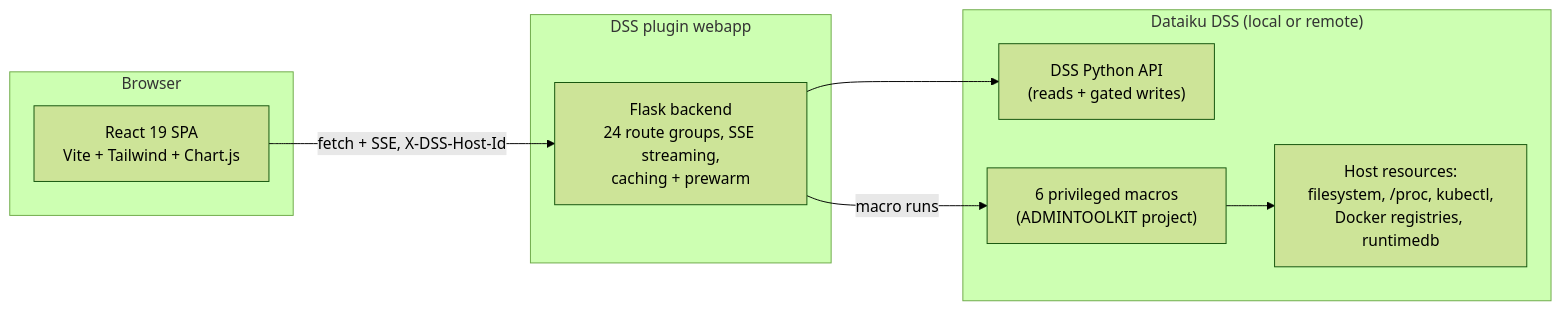
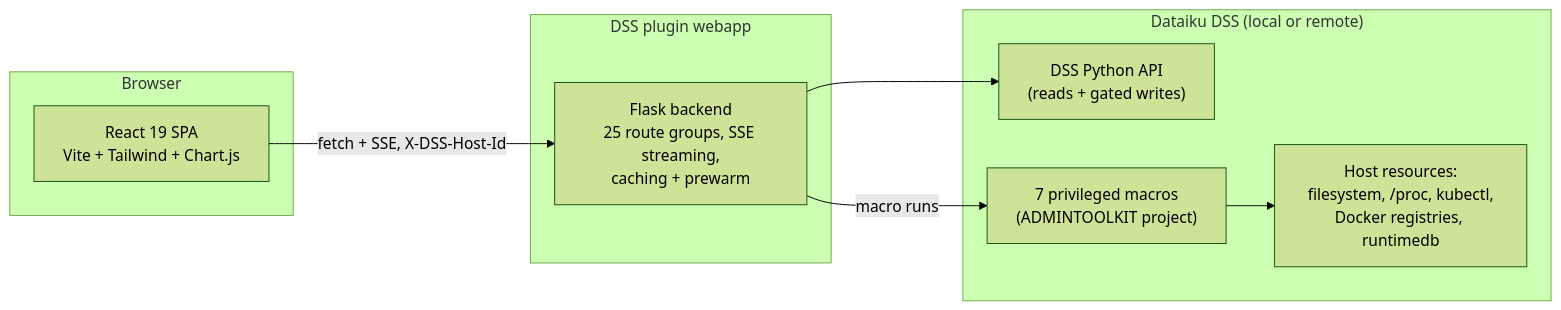
The diagram in README.md (gozu/admin-toolkit), drawn with Mermaid (forest theme) before and after one commit. The commit also changed other lines of this file, not shown here.

First line of the commit message:
README: refresh to current feature set + clarify remote-host API key requirement

````diff
--- a/README.md
+++ b/README.md
@@ -139,18 +140,18 @@
 ```mermaid
 flowchart LR
     subgraph Browser
         SPA["React 19 SPA<br/>Vite + Tailwind + Chart.js"]
     end
     subgraph Webapp["DSS plugin webapp"]
-        API["Flask backend<br/>24 route groups, SSE streaming,<br/>caching + prewarm"]
+        API["Flask backend<br/>25 route groups, SSE streaming,<br/>caching + prewarm"]
     end
     subgraph DSS["Dataiku DSS (local or remote)"]
         PYAPI["DSS Python API<br/>(reads + gated writes)"]
-        MACROS["6 privileged macros<br/>(ADMINTOOLKIT project)"]
+        MACROS["7 privileged macros<br/>(ADMINTOOLKIT project)"]
         HOST["Host resources:<br/>filesystem, /proc, kubectl,<br/>Docker registries, runtimedb"]
     end
     SPA -->|"fetch + SSE, X-DSS-Host-Id"| API
     API --> PYAPI
     API -->|macro runs| MACROS
     MACROS --> HOST
 ```
````
